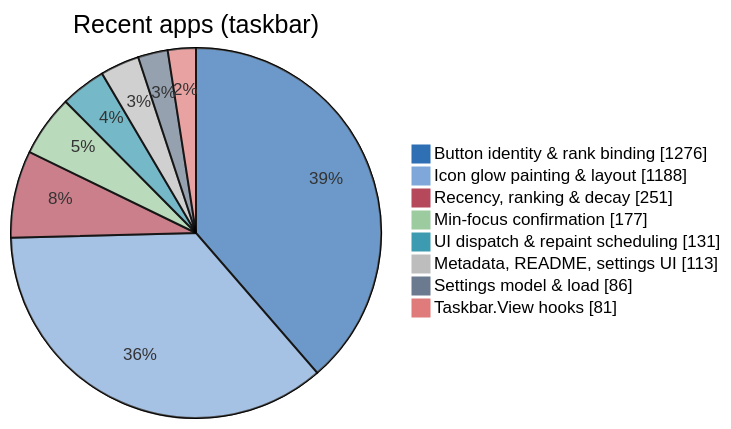
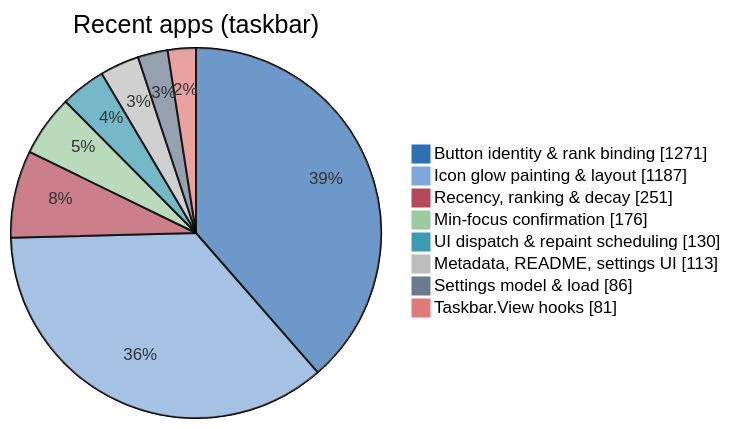
Before and after one commit to jvlasek/taskbar-recent-focus-highlight: the third of 5 diagrams in doc/code/code-breakdown.md, drawn with Mermaid. The commit also changed other lines of this file and 24 other files, not shown here.

````diff
--- a/doc/code/code-breakdown.md
+++ b/doc/code/code-breakdown.md
@@ -119,12 +119,12 @@
 ```mermaid
 %%{init: {"themeVariables": {"pie1": "#2F6FB3", "pie2": "#7FA7D9", "pie3": "#B5495B", "pie4": "#9CCB9F", "pie5": "#3C9BB0", "pie6": "#BDBDBD", "pie7": "#6B7A8F", "pie8": "#E07B7B", "pieOuterStrokeWidth": "1px"}}}%%
 pie showData title Recent apps (taskbar)
-    "Button identity & rank binding" : 1276
-    "Icon glow painting & layout" : 1188
+    "Button identity & rank binding" : 1271
+    "Icon glow painting & layout" : 1187
     "Recency, ranking & decay" : 251
-    "Min-focus confirmation" : 177
-    "UI dispatch & repaint scheduling" : 131
+    "Min-focus confirmation" : 176
+    "UI dispatch & repaint scheduling" : 130
     "Metadata, README, settings UI" : 113
     "Settings model & load" : 86
     "Taskbar.View hooks" : 81
 ```
````
